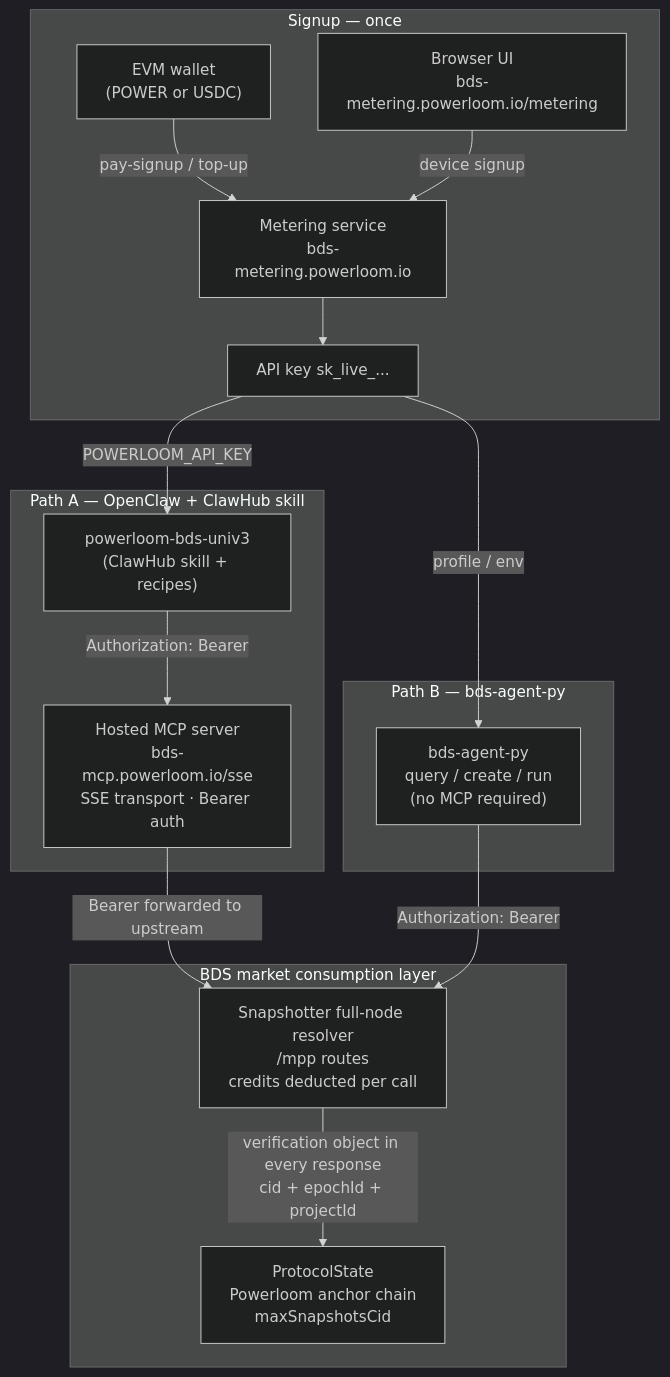
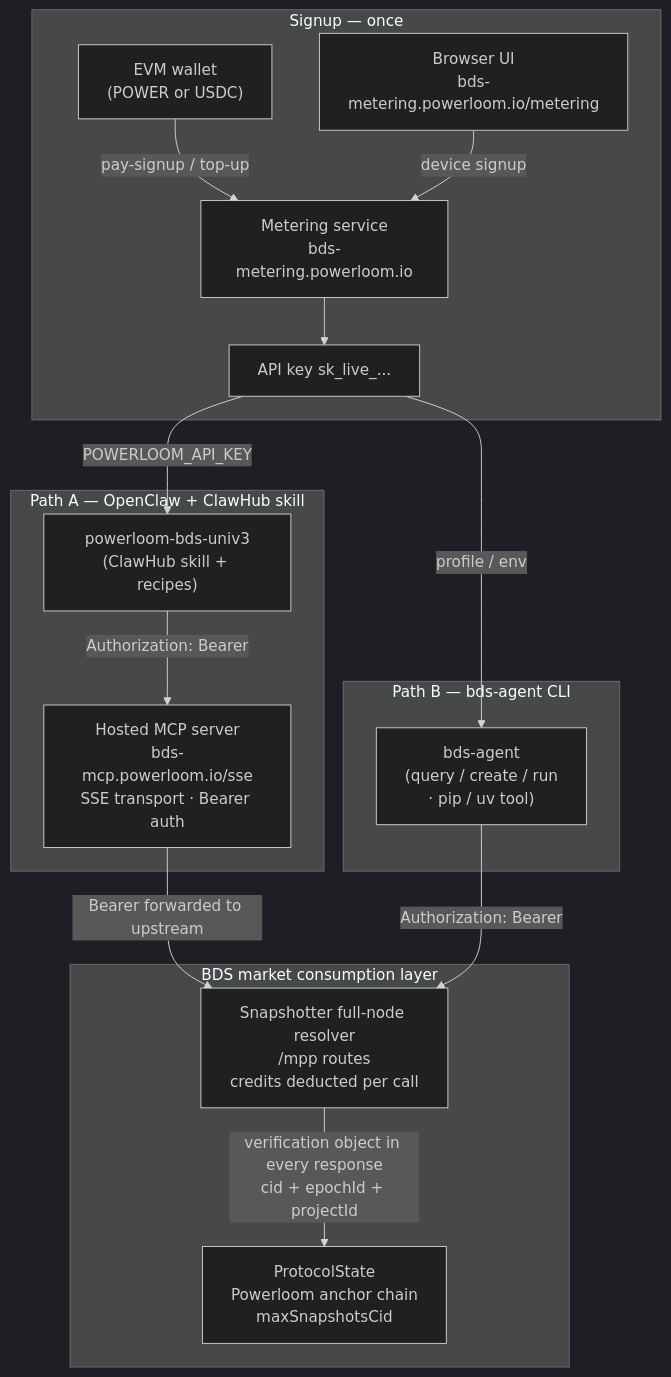
Before and after one commit to powerloom/docs: the diagram in docs/agents-and-bds/overview.md, drawn with Mermaid (dark theme). The commit also changed other lines of this file and 8 other files, not shown here.

Commit message:
docs: update BDS agent documentation for CLI installation

````diff
--- a/docs/agents-and-bds/overview.md
+++ b/docs/agents-and-bds/overview.md
@@ -16,33 +16,33 @@
 ```mermaid
 flowchart TD
     subgraph onboard [Signup — once]
         evmWallet["EVM wallet\n(POWER or USDC)"]
         browserUI["Browser UI\nbds-metering.powerloom.io/metering"]
         meteringService["Metering service\nbds-metering.powerloom.io"]
         apiKey["API key   sk_live_..."]
         evmWallet -->|"pay-signup / top-up"| meteringService
         browserUI -->|"device signup"| meteringService
         meteringService --> apiKey
     end
 
     subgraph pathA ["Path A — OpenClaw + ClawHub skill"]
         clawSkill["powerloom-bds-univ3\n(ClawHub skill + recipes)"]
         hostedMCP["Hosted MCP server\nbds-mcp.powerloom.io/sse\nSSE transport · Bearer auth"]
         clawSkill -->|"Authorization: Bearer"| hostedMCP
     end
 
-    subgraph pathB ["Path B — bds-agent-py"]
-        bdsAgent["bds-agent-py\nquery / create / run\n(no MCP required)"]
+    subgraph pathB ["Path B — bds-agent CLI"]
+        bdsAgent["bds-agent\n(query / create / run\n· pip / uv tool)"]
     end
 
     subgraph dataLayer [BDS market consumption layer]
         coreAPI["Snapshotter full-node resolver\n/mpp routes\ncredits deducted per call"]
         protState["ProtocolState\nPowerloom anchor chain\nmaxSnapshotsCid"]
         coreAPI -->|"verification object in every response\ncid + epochId + projectId"| protState
     end
 
     apiKey -->|"POWERLOOM_API_KEY"| clawSkill
     apiKey -->|"profile / env"| bdsAgent
     hostedMCP -->|"Bearer forwarded to upstream"| coreAPI
     bdsAgent -->|"Authorization: Bearer"| coreAPI
 ```
````
